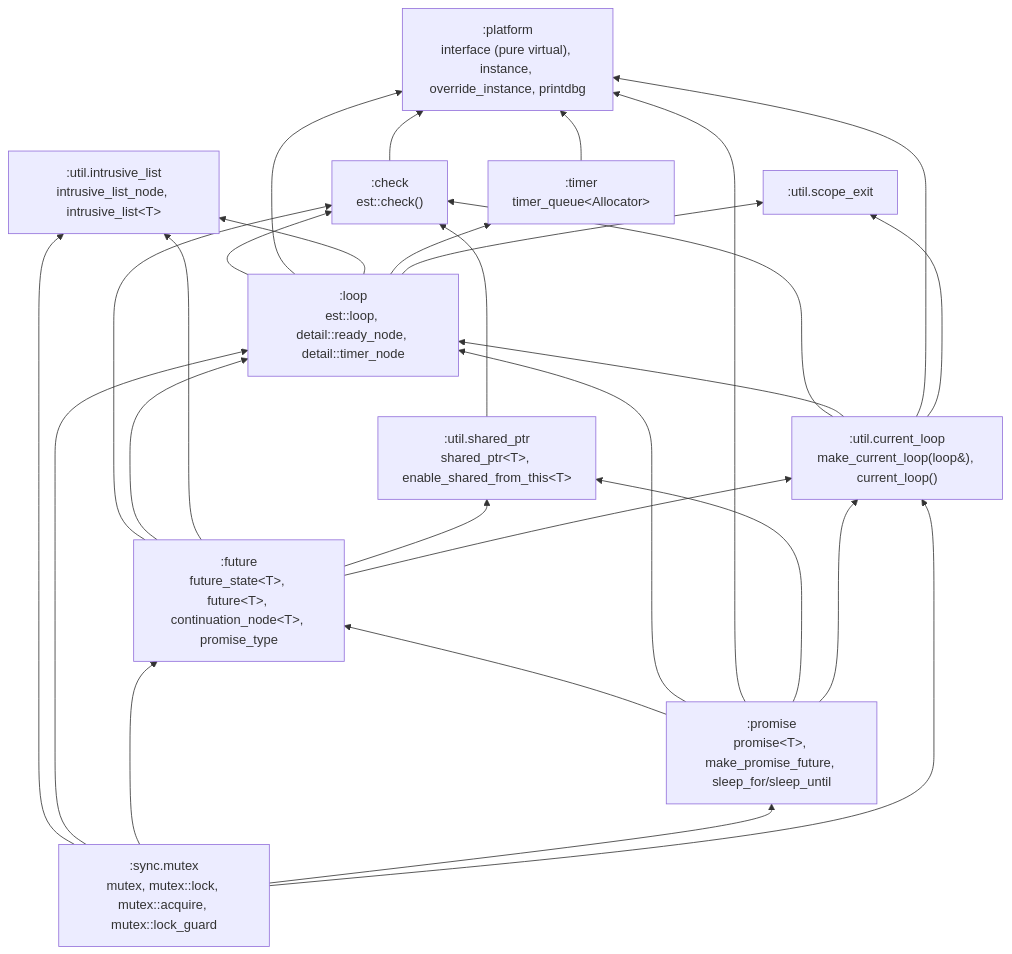
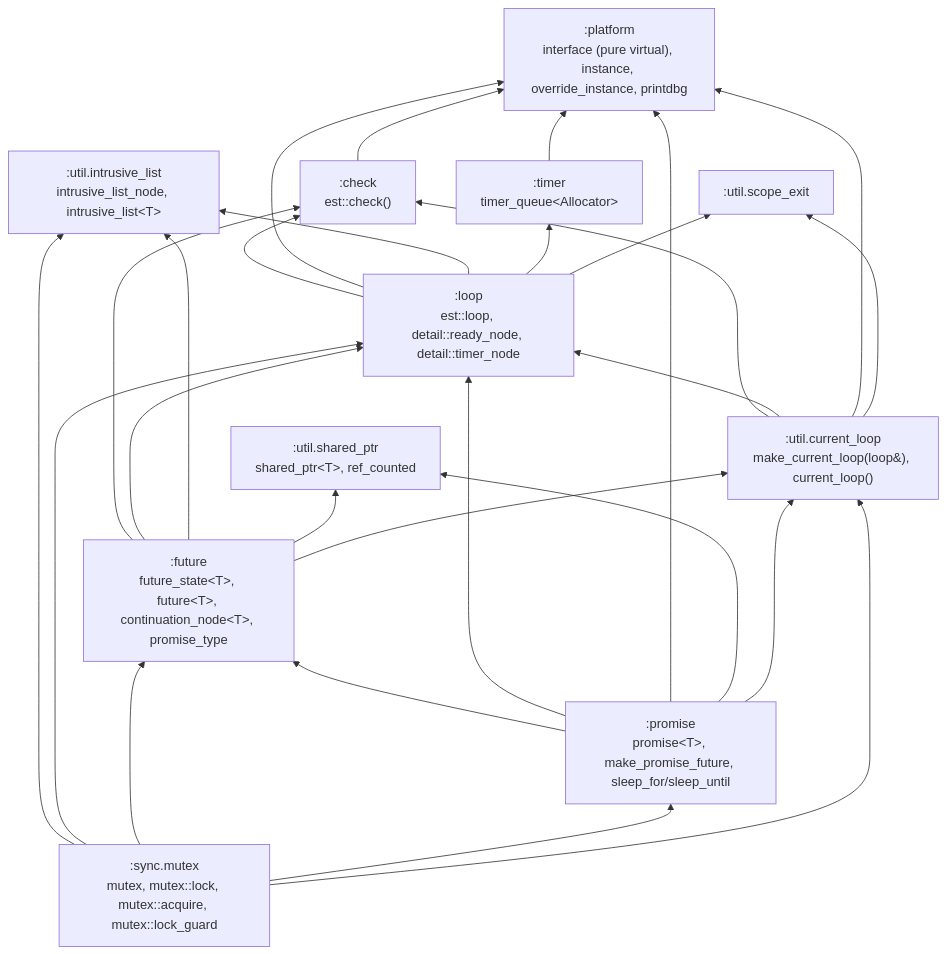
Before and after one commit to andijcr/async_experiments: the first of 2 diagrams in docs/wiki/Architecture.md, drawn with Mermaid. The commit also changed other lines of this file and 3 other files, not shown here.

First line of the commit message:
docs/wiki: catch up to est::ref_counted, waiters_'s ready_node keying, clone()

````diff
--- a/docs/wiki/Architecture.md
+++ b/docs/wiki/Architecture.md
@@ -10,42 +10,41 @@
 ```mermaid
 graph BT
   platform[":platform<br/>interface (pure virtual), instance, override_instance, printdbg"]
   check[":check<br/>est::check()"]
   scope_exit[":util.scope_exit"]
-  shared_ptr[":util.shared_ptr<br/>shared_ptr&lt;T&gt;, enable_shared_from_this&lt;T&gt;"]
+  shared_ptr[":util.shared_ptr<br/>shared_ptr&lt;T&gt;, ref_counted"]
   intrusive_list[":util.intrusive_list<br/>intrusive_list_node, intrusive_list&lt;T&gt;"]
   mutex[":sync.mutex<br/>mutex, mutex::lock, mutex::acquire, mutex::lock_guard"]
   timer[":timer<br/>timer_queue&lt;Allocator&gt;"]
   loop[":loop<br/>est::loop, detail::ready_node, detail::timer_node"]
   current_loop[":util.current_loop<br/>make_current_loop(loop&amp;), current_loop()"]
   future[":future<br/>future_state&lt;T&gt;, future&lt;T&gt;, continuation_node&lt;T&gt;, promise_type"]
   promise[":promise<br/>promise&lt;T&gt;, make_promise_future, sleep_for/sleep_until"]
 
   check --> platform
-  shared_ptr --> check
   mutex --> intrusive_list
   mutex --> loop
   mutex --> future
   mutex --> promise
   mutex --> current_loop
   timer --> platform
   loop --> check
   loop --> platform
   loop --> intrusive_list
   loop --> timer
   loop --> scope_exit
   current_loop --> check
   current_loop --> loop
   current_loop --> platform
   current_loop --> scope_exit
   future --> check
   future --> loop
   future --> intrusive_list
   future --> shared_ptr
   future --> current_loop
   promise --> future
   promise --> loop
   promise --> platform
   promise --> shared_ptr
   promise --> current_loop
 ```
````
